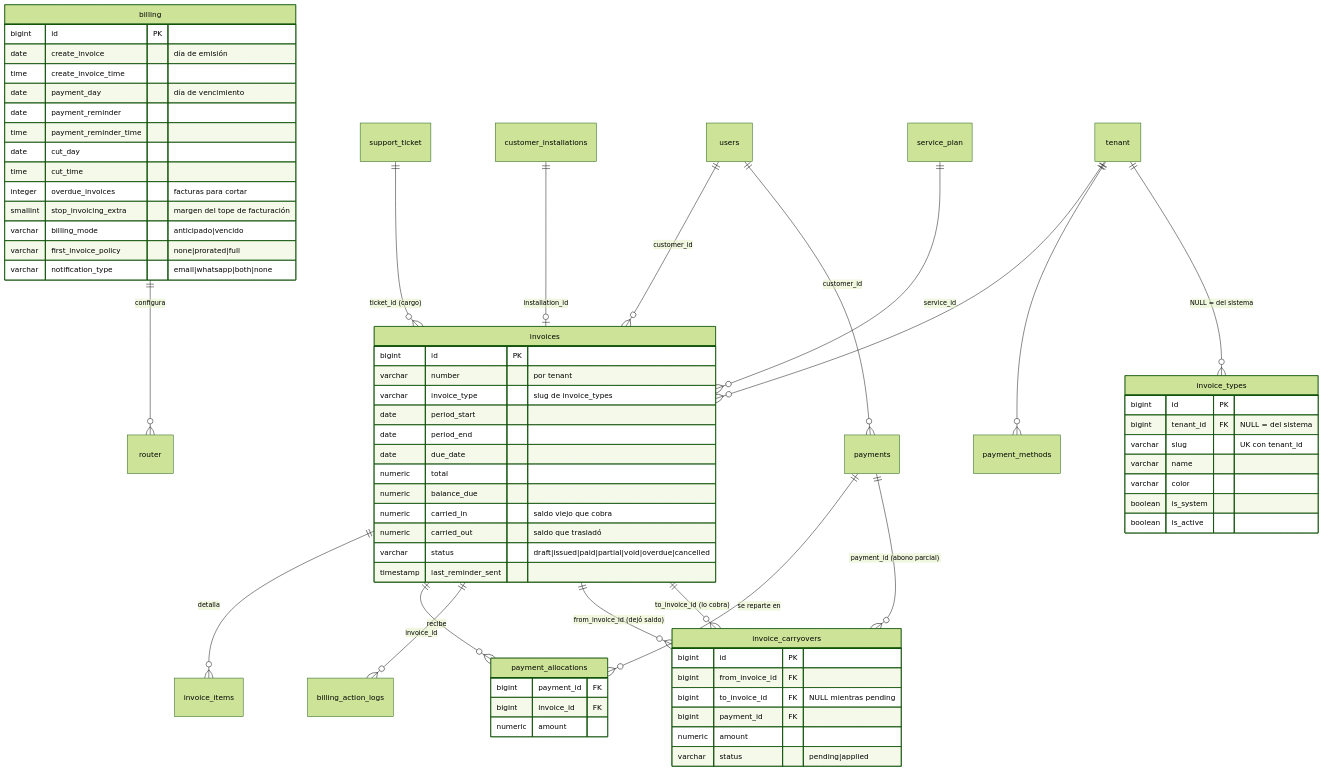
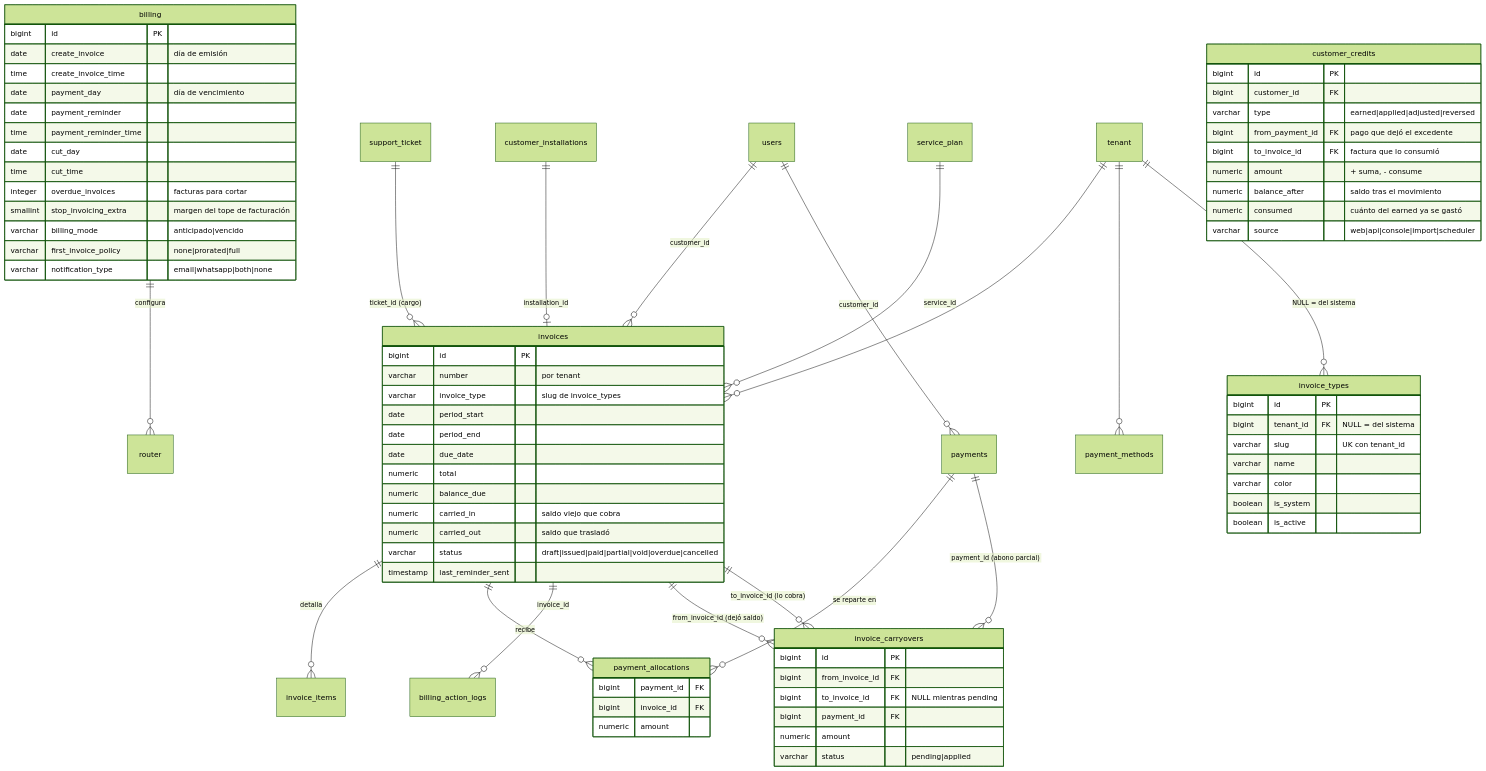
One commit to ispwatchcol/ISPWatch changed the second of 3 diagrams in docs/BASE_DATOS.md. Above: the diagram before and after it, drawn with Mermaid (forest theme). The commit also changed other lines of this file and 30 other files, not shown here.

First line of the commit message:
feat(auditoria): libro de saldo a favor y bitácora del flujo de caja

````diff
--- a/docs/BASE_DATOS.md
+++ b/docs/BASE_DATOS.md
@@ -264,71 +265,82 @@
 ```mermaid
 erDiagram
     billing ||--o{ router : "configura"
     users ||--o{ invoices : "customer_id"
     users ||--o{ payments : "customer_id"
     invoices ||--o{ invoice_items : "detalla"
     invoices ||--o{ payment_allocations : "recibe"
     payments ||--o{ payment_allocations : "se reparte en"
     support_ticket ||--o{ invoices : "ticket_id (cargo)"
     customer_installations ||--o| invoices : "installation_id"
     service_plan ||--o{ invoices : "service_id"
     tenant ||--o{ invoices : ""
     tenant ||--o{ payment_methods : ""
     tenant ||--o{ invoice_types : "NULL = del sistema"
     invoices ||--o{ billing_action_logs : "invoice_id"
     invoices ||--o{ invoice_carryovers : "from_invoice_id (dejó saldo)"
     invoices ||--o{ invoice_carryovers : "to_invoice_id (lo cobra)"
     payments ||--o{ invoice_carryovers : "payment_id (abono parcial)"
 
     billing {
         bigint id PK
         date create_invoice "día de emisión"
         time create_invoice_time
         date payment_day "día de vencimiento"
         date payment_reminder
         time payment_reminder_time
         date cut_day
         time cut_time
         integer overdue_invoices "facturas para cortar"
         smallint stop_invoicing_extra "margen del tope de facturación"
         varchar billing_mode "anticipado|vencido"
         varchar first_invoice_policy "none|prorated|full"
         varchar notification_type "email|whatsapp|both|none"
     }
     invoices {
         bigint id PK
         varchar number "por tenant"
         varchar invoice_type "slug de invoice_types"
         date period_start
         date period_end
         date due_date
         numeric total
         numeric balance_due
         numeric carried_in "saldo viejo que cobra"
         numeric carried_out "saldo que trasladó"
         varchar status "draft|issued|paid|partial|void|overdue|cancelled"
         timestamp last_reminder_sent
     }
     payment_allocations {
         bigint payment_id FK
         bigint invoice_id FK
         numeric amount
     }
     invoice_types {
         bigint id PK
         bigint tenant_id FK "NULL = del sistema"
         varchar slug "UK con tenant_id"
         varchar name
         varchar color
         boolean is_system
         boolean is_active
     }
     invoice_carryovers {
         bigint id PK
         bigint from_invoice_id FK
         bigint to_invoice_id FK "NULL mientras pending"
         bigint payment_id FK
         numeric amount
         varchar status "pending|applied"
     }
+    customer_credits {
+        bigint id PK
+        bigint customer_id FK
+        varchar type "earned|applied|adjusted|reversed"
+        bigint from_payment_id FK "pago que dejó el excedente"
+        bigint to_invoice_id FK "factura que lo consumió"
+        numeric amount "+ suma, - consume"
+        numeric balance_after "saldo tras el movimiento"
+        numeric consumed "cuánto del earned ya se gastó"
+        varchar source "web|api|console|import|scheduler"
+    }
 ```
````
